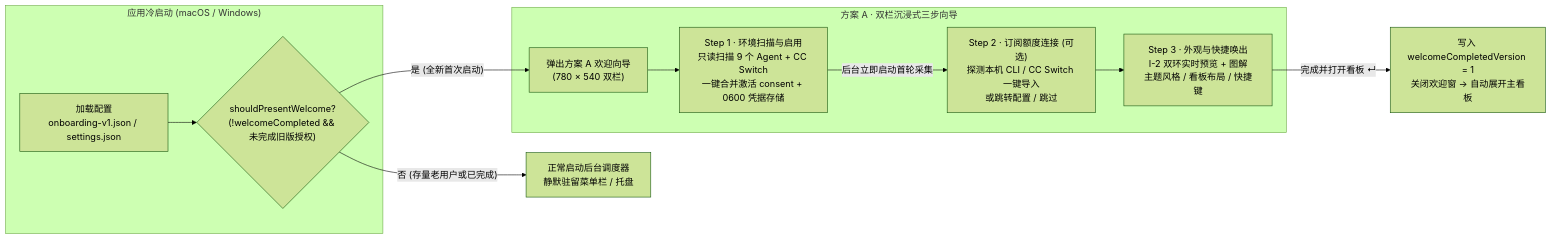
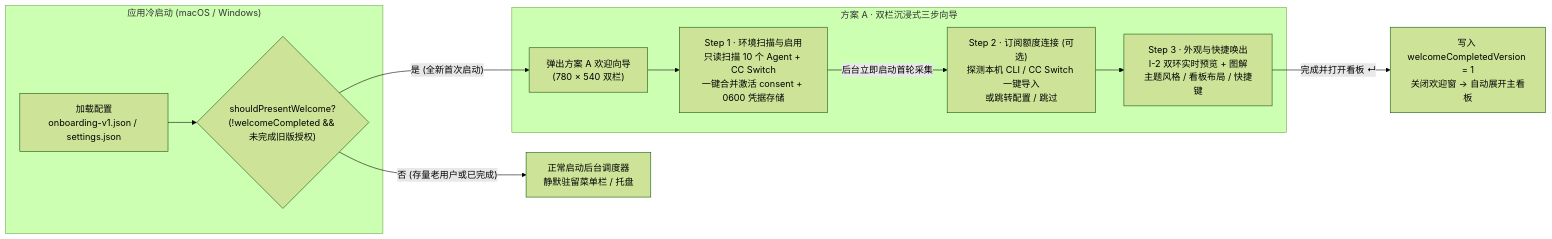
One commit to 4everSivan/Bruce changed the diagram in docs/devel/design/10-首次启动欢迎与引导向导.md. Above: the diagram before and after it, drawn with Mermaid (forest theme). The commit also changed other lines of this file and 10 other files, not shown here.

````diff
--- a/docs/devel/design/10-首次启动欢迎与引导向导.md
+++ b/docs/devel/design/10-首次启动欢迎与引导向导.md
@@ -59,17 +59,17 @@
 ```mermaid
 flowchart LR
   subgraph 启动阶段["应用冷启动 (macOS / Windows)"]
     A["加载配置<br/>onboarding-v1.json / settings.json"] --> B{"shouldPresentWelcome?<br/>(!welcomeCompleted && 未完成旧版授权)"}
   end
 
   B -- "否 (存量老用户或已完成)" --> C["正常启动后台调度器<br/>静默驻留菜单栏 / 托盘"]
   B -- "是 (全新首次启动)" --> D["弹出方案 A 欢迎向导<br/>(780 × 540 双栏)"]
 
   subgraph 三步向导["方案 A · 双栏沉浸式三步向导"]
-    D --> S1["Step 1 · 环境扫描与启用<br/>只读扫描 9 个 Agent + CC Switch<br/>一键合并激活 consent + 0600 凭据存储"]
+    D --> S1["Step 1 · 环境扫描与启用<br/>只读扫描 10 个 Agent + CC Switch<br/>一键合并激活 consent + 0600 凭据存储"]
     S1 -- "后台立即启动首轮采集" --> S2["Step 2 · 订阅额度连接 (可选)<br/>探测本机 CLI / CC Switch 一键导入<br/>或跳转配置 / 跳过"]
     S2 --> S3["Step 3 · 外观与快捷唤出<br/>I-2 双环实时预览 + 图解<br/>主题风格 / 看板布局 / 快捷键"]
   end
 
   S3 -- "完成并打开看板 ↵" --> E["写入 welcomeCompletedVersion = 1<br/>关闭欢迎窗 → 自动展开主看板"]
 ```
````
